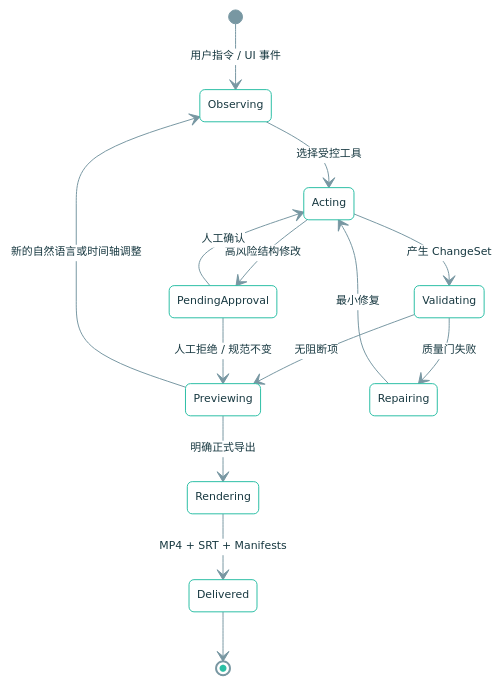
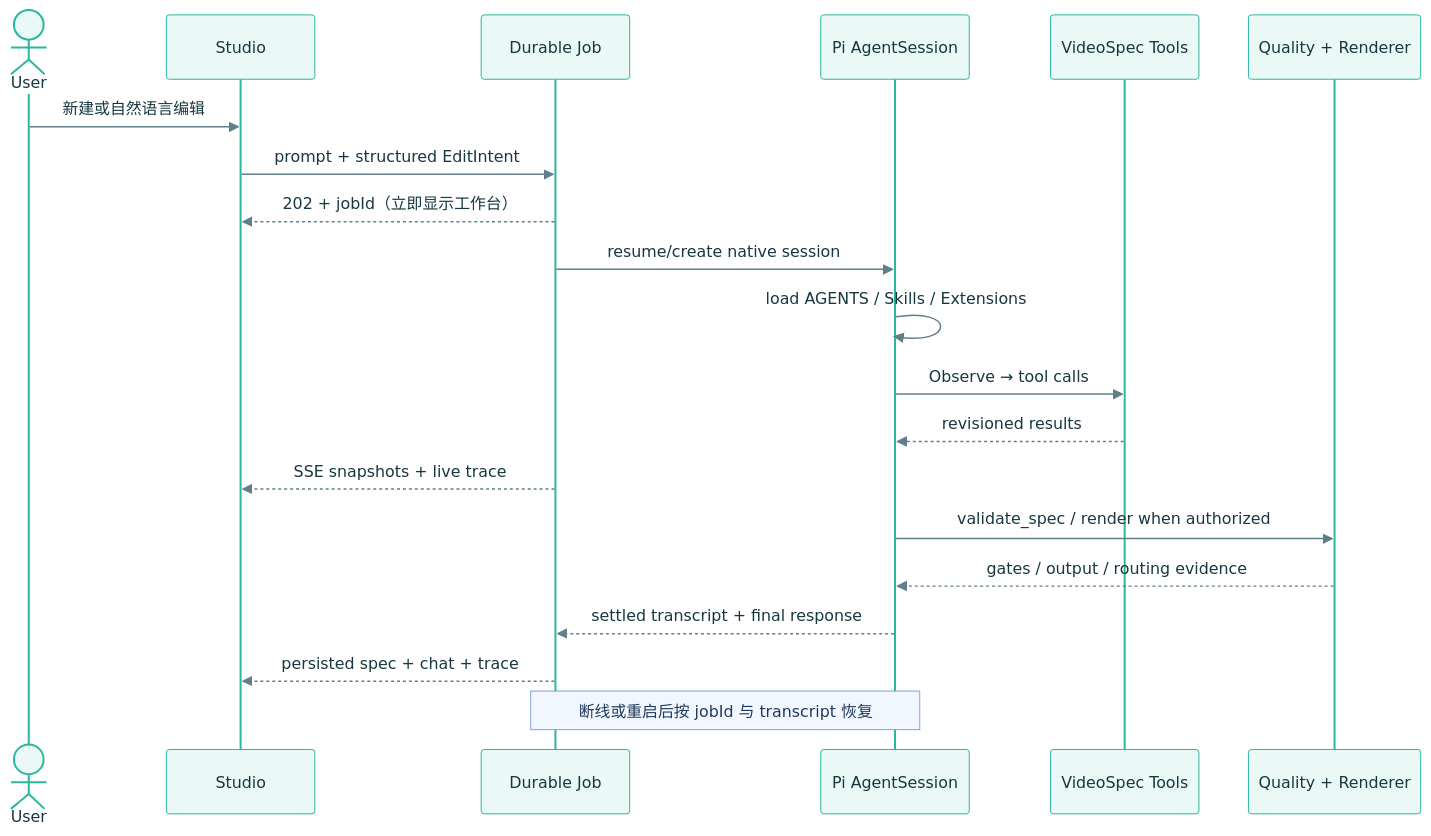
Before and after one commit to panhh0804/PyCut: the second of 2 diagrams in README.md, drawn with Mermaid. The commit also changed other lines of this file and 716 other files, not shown here.

````diff
--- a/README.md
+++ b/README.md
@@ -85,17 +86,24 @@
 ```mermaid
-%%{init: {"theme":"base","themeVariables":{"background":"#F7FBFC","primaryColor":"#EDF9F6","primaryTextColor":"#173840","primaryBorderColor":"#2CBFA5","lineColor":"#7897A2","secondaryColor":"#EEF5FF","tertiaryColor":"#FFF4EC","mainBkg":"#FFFFFF","secondBkg":"#F4F8FA","stateBkg":"#FFFFFF","stateBorder":"#43B9A5","stateLabelColor":"#173840","labelBackgroundColor":"#FFFFFF","edgeLabelBackground":"#FFFFFF","fontFamily":"Inter, PingFang SC, sans-serif","fontSize":"11px"}}}%%
-stateDiagram-v2
-    [*] --> Observing: 用户指令 / UI 事件
-    Observing --> Acting: 选择受控工具
-    Acting --> Validating: 产生 ChangeSet
-    Validating --> Previewing: 无阻断项
-    Validating --> Repairing: 质量门失败
-    Repairing --> Acting: 最小修复
-    Acting --> PendingApproval: 高风险结构修改
-    PendingApproval --> Acting: 人工确认
-    PendingApproval --> Previewing: 人工拒绝 / 规范不变
-    Previewing --> Observing: 新的自然语言或时间轴调整
-    Previewing --> Rendering: 明确正式导出
-    Rendering --> Delivered: MP4 + SRT + Manifests
-    Delivered --> [*]
+%%{init: {"theme":"base","themeVariables":{"background":"#F7FBFC","primaryColor":"#FFFFFF","primaryTextColor":"#173840","primaryBorderColor":"#46BDA8","lineColor":"#7897A2","secondaryColor":"#EEF5FF","tertiaryColor":"#FFF4EC","actorBkg":"#EAF9F5","actorBorder":"#2BB69E","actorTextColor":"#173840","signalColor":"#5F7F8A","signalTextColor":"#173840","labelBoxBkgColor":"#FFF7F0","labelBoxBorderColor":"#EE936B","labelTextColor":"#5E3424","noteBkgColor":"#F2F7FF","noteBorderColor":"#7EA2D9","noteTextColor":"#203A5B","fontFamily":"Inter, PingFang SC, sans-serif","fontSize":"11px"}}}%%
+sequenceDiagram
+  actor U as User
+  participant UI as Studio
+  participant J as Durable Job
+  participant P as Pi AgentSession
+  participant V as VideoSpec Tools
+  participant Q as Quality + Renderer
+
+  U->>UI: 新建或自然语言编辑
+  UI->>J: prompt + structured EditIntent
+  J-->>UI: 202 + jobId（立即显示工作台）
+  J->>P: resume/create native session
+  P->>P: load AGENTS / Skills / Extensions
+  P->>V: Observe → tool calls
+  V-->>P: revisioned results
+  J-->>UI: SSE snapshots + live trace
+  P->>Q: validate_spec / render when authorized
+  Q-->>P: gates / output / routing evidence
+  P-->>J: settled transcript + final response
+  J-->>UI: persisted spec + chat + trace
+  Note over J,P: 断线或重启后按 jobId 与 transcript 恢复
 ```
````
